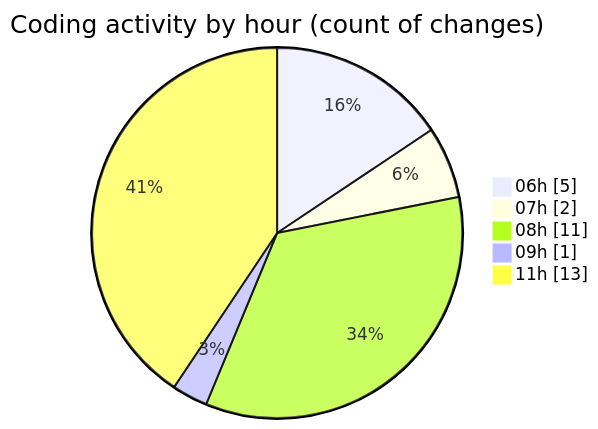
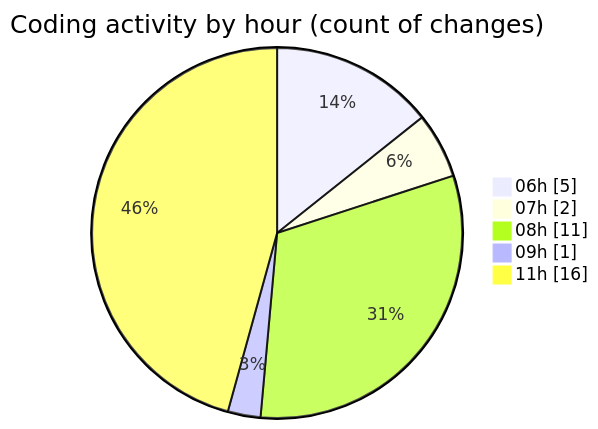
One commit to vahidmafi/code-tracking changed the second of 2 diagrams in 2025-04-17/zeytoon/README.md. Above: the diagram before and after it, drawn with Mermaid. The commit also changed other lines of this file and 1 other file, not shown here.

````diff
--- a/2025-04-17/zeytoon/README.md
+++ b/2025-04-17/zeytoon/README.md
@@ -33,9 +34,9 @@
 ```mermaid
 pie showData
 title Coding activity by hour (count of changes)
 "06h" : 5
 "07h" : 2
 "08h" : 11
 "09h" : 1
-"11h" : 13
+"11h" : 16
 ```
````
